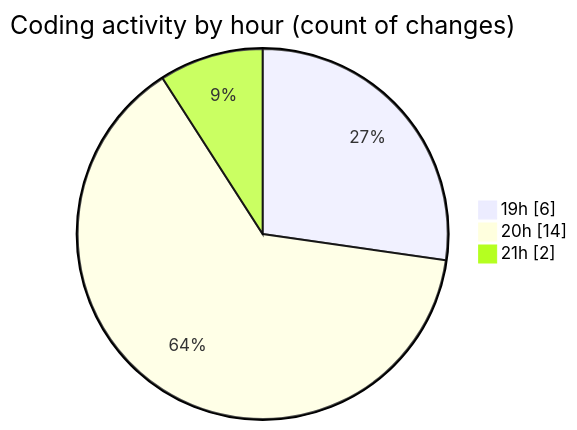
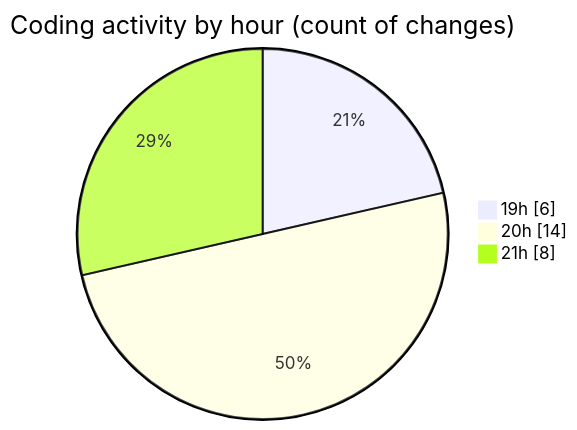
One commit to IJAZ3593/code-tracking changed the second of 2 diagrams in 2025-09-13/new_folder/README.md. Above: the diagram before and after it, drawn with Mermaid. The commit also changed other lines of this file and 1 other file, not shown here.

````diff
--- a/2025-09-13/new_folder/README.md
+++ b/2025-09-13/new_folder/README.md
@@ -34,7 +35,7 @@
 ```mermaid
 pie showData
 title Coding activity by hour (count of changes)
 "19h" : 6
 "20h" : 14
-"21h" : 2
+"21h" : 8
 ```
````
